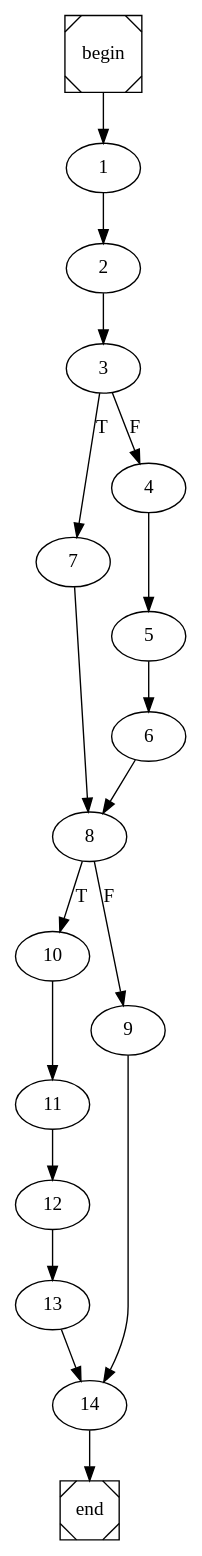
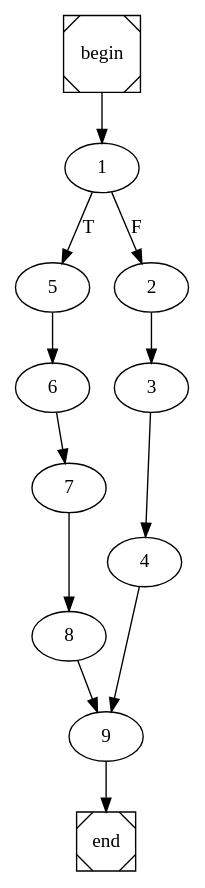
The diagram in quicksort.dot (arubenruben/JMM-Compiler), drawn with Graphviz before and after one commit. The commit also changed 3 other files, not shown here.

```diff
--- a/quicksort.dot
+++ b/quicksort.dot
@@ -1,4 +1,4 @@
 digraph cfg {
 	begin [shape=Msquare];
 	end [shape=Msquare];
-	begin -> 1;	1 -> 2;	2 -> 3;	3 -> 7[label=T];	3 -> 4[label=F];	4 -> 5;	5 -> 6;	6 -> 8;	7 -> 8;	8 -> 10[label=T];	8 -> 9[label=F];	9 -> 14;	10 -> 11;	11 -> 12;	12 -> 13;	13 -> 14;	14 -> end;}
+	begin -> 1;	1 -> 5[label=T];	1 -> 2[label=F];	2 -> 3;	3 -> 4;	4 -> 9;	5 -> 6;	6 -> 7;	7 -> 8;	8 -> 9;	9 -> end;}
```
